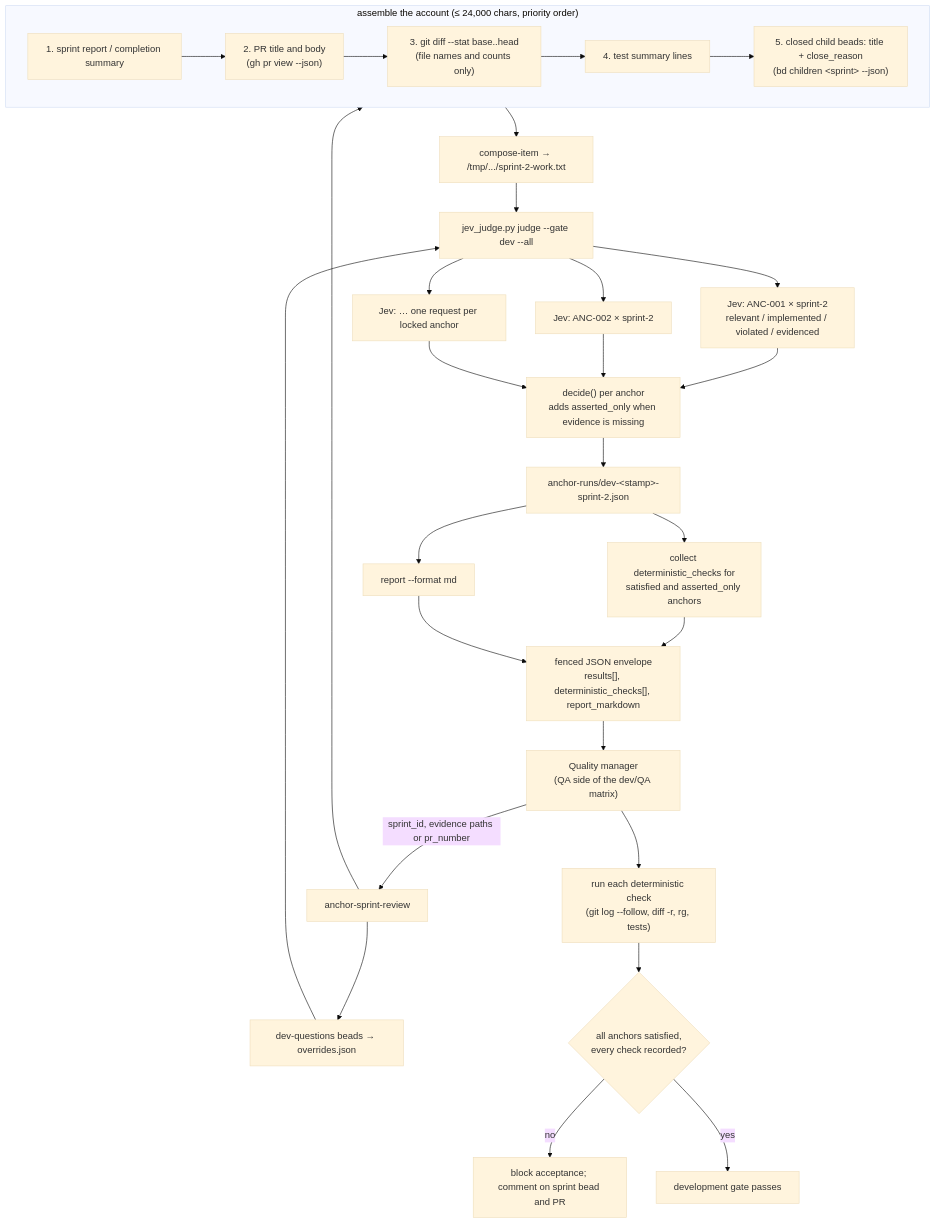
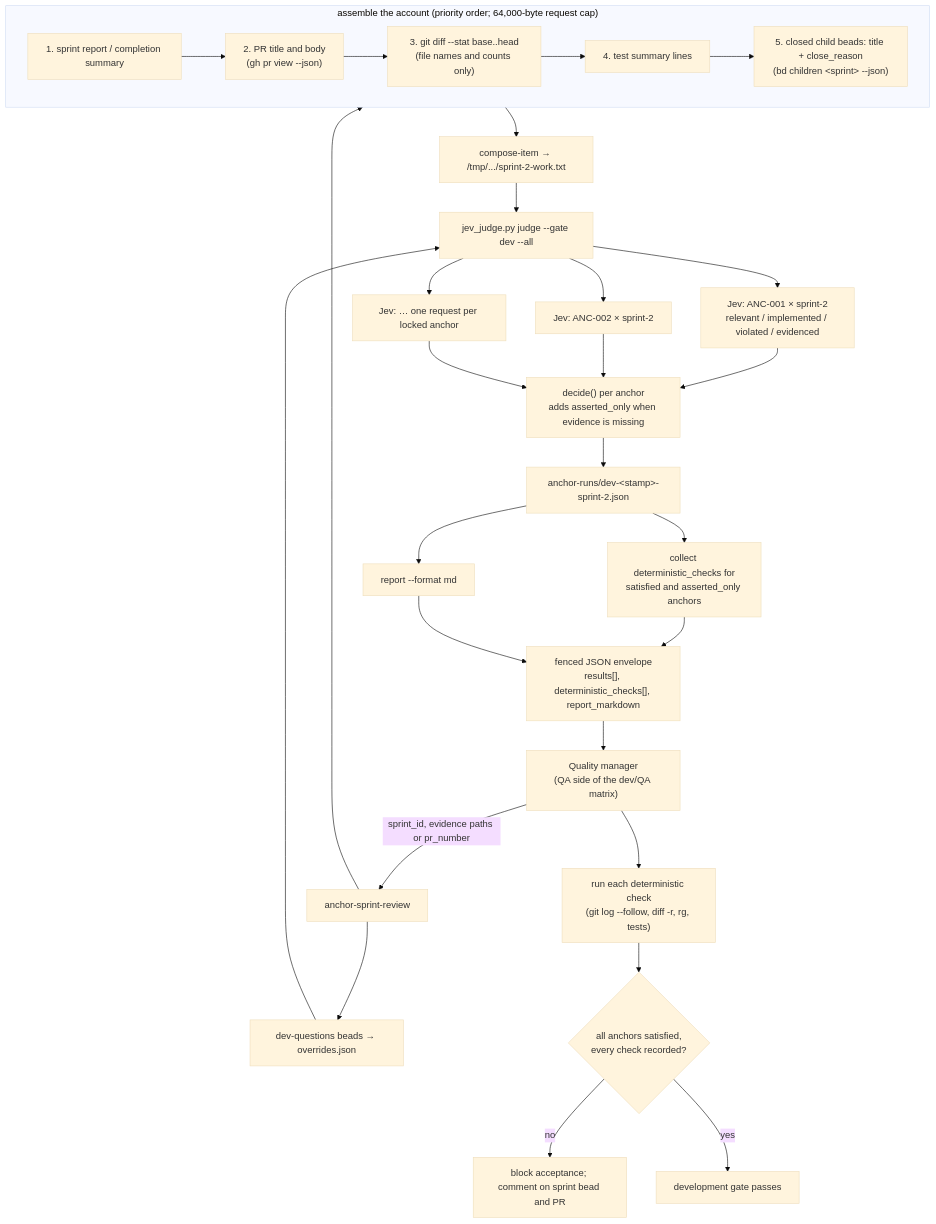
One commit to ehrvs/plan-anchor changed the third of 5 diagrams in docs/design/architecture-and-call-graphs.md. Above: the diagram before and after it, drawn with Mermaid (base theme). The commit also changed other lines of this file and 32 other files, not shown here.

````diff
--- a/docs/design/architecture-and-call-graphs.md
+++ b/docs/design/architecture-and-call-graphs.md
@@ -116,37 +116,37 @@
 ```mermaid
 flowchart TD
     QM["Quality manager<br/>(QA side of the dev/QA matrix)"]
     QM -- "sprint_id, evidence paths or pr_number" --> SA["anchor-sprint-review"]
 
-    subgraph Assemble["assemble the account (≤ 24,000 chars, priority order)"]
+    subgraph Assemble["assemble the account (priority order; 64,000-byte request cap)"]
         E1["1. sprint report / completion summary"]
         E2["2. PR title and body<br/>(gh pr view --json)"]
         E3["3. git diff --stat base..head<br/>(file names and counts only)"]
         E4["4. test summary lines"]
         E5["5. closed child beads: title + close_reason<br/>(bd children &lt;sprint&gt; --json)"]
         E1 --> E2 --> E3 --> E4 --> E5
     end
 
     SA --> Assemble --> Work["compose-item → /tmp/.../sprint-2-work.txt"]
     SA --> Ov["dev-questions beads → overrides.json"]
     Work --> J["jev_judge.py judge --gate dev --all"]
     Ov --> J
 
     J --> D1["Jev: ANC-001 × sprint-2<br/>relevant / implemented / violated / evidenced"]
     J --> D2["Jev: ANC-002 × sprint-2"]
     J --> Dn["Jev: … one request per locked anchor"]
     D1 --> G["decide() per anchor<br/>adds asserted_only when evidence is missing"]
     D2 --> G
     Dn --> G
     G --> Run["anchor-runs/dev-&lt;stamp&gt;-sprint-2.json"]
     Run --> Checks["collect deterministic_checks for<br/>satisfied and asserted_only anchors"]
     Run --> Rep["report --format md"]
     Checks --> Env["fenced JSON envelope<br/>results[], deterministic_checks[], report_markdown"]
     Rep --> Env
     Env --> QM
 
     QM --> RunChecks["run each deterministic check<br/>(git log --follow, diff -r, rg, tests)"]
     RunChecks --> Decide{"all anchors satisfied,<br/>every check recorded?"}
     Decide -- "no" --> Block["block acceptance; comment on sprint bead and PR"]
     Decide -- "yes" --> Accept["development gate passes"]
 ```
````
